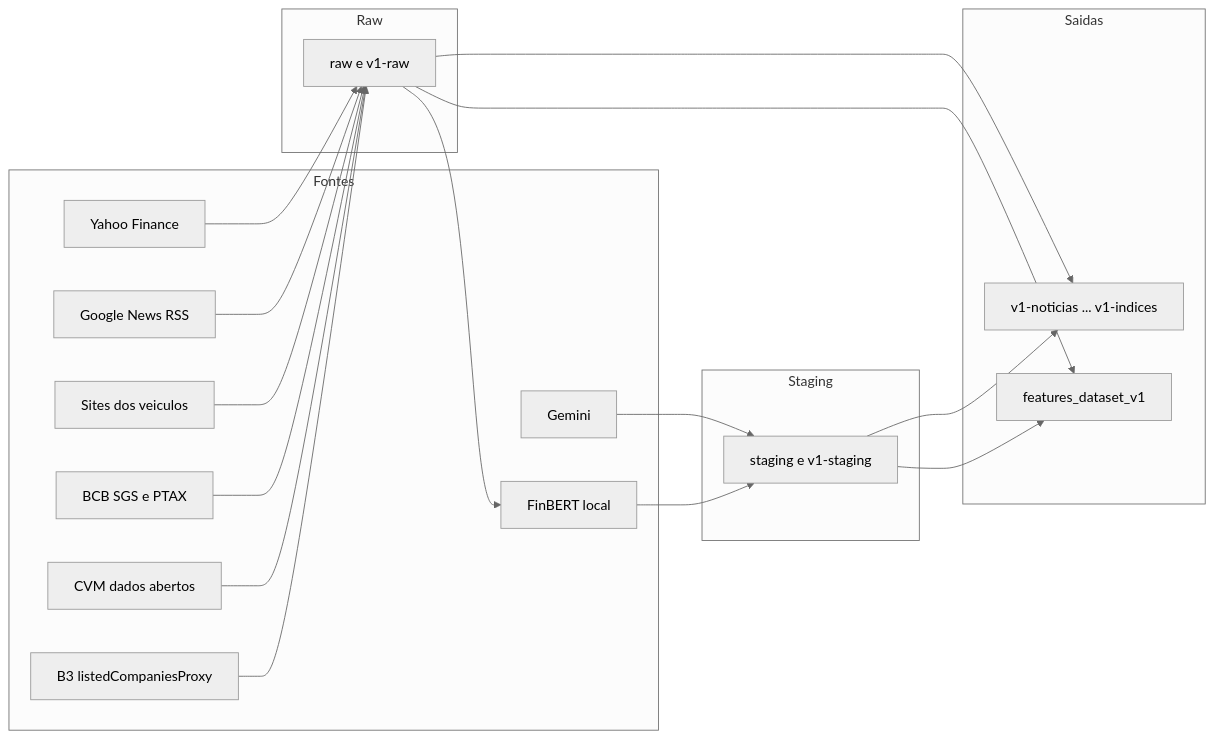
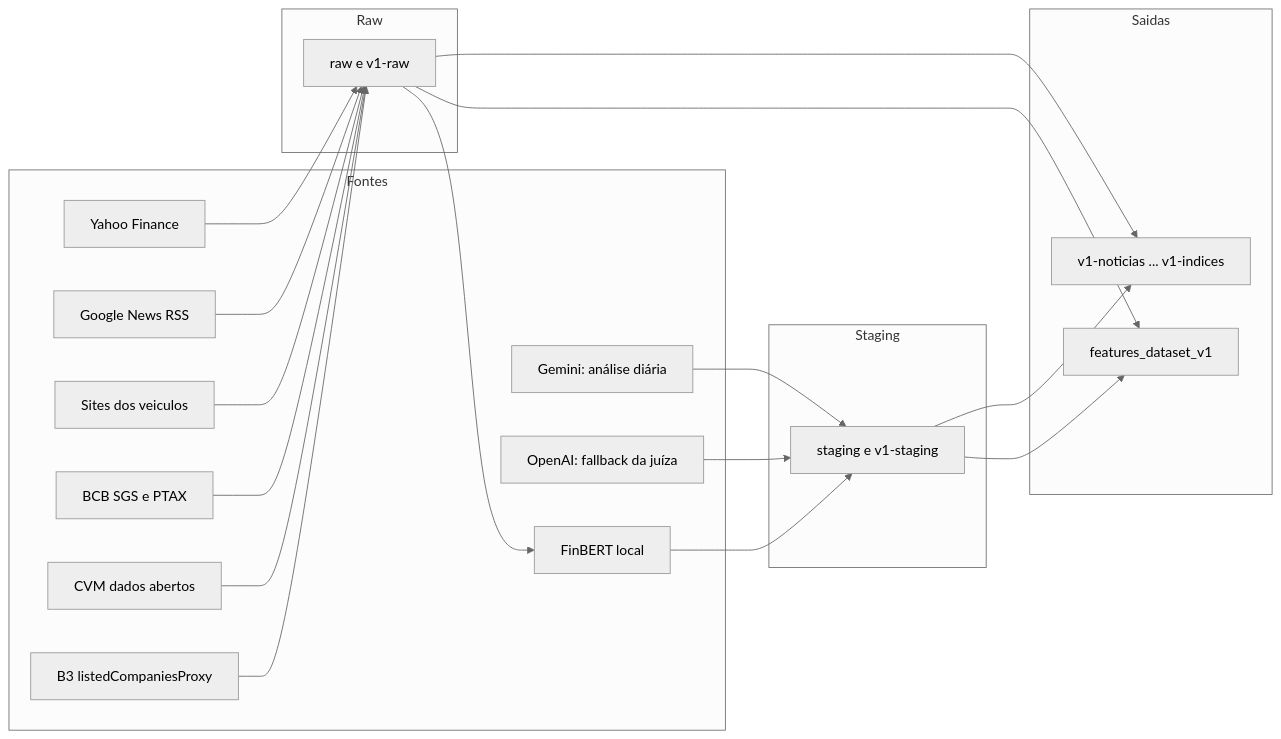
The first of 2 diagrams in docs/01-visao-geral.md (Mart1ns12/extracao-dados-tcc), drawn with Mermaid (neutral theme) before and after one commit. The commit also changed other lines of this file and 34 other files, not shown here.

First line of the commit message:
feat(juiza): Jev decide por entrega segura; fallback OpenAI gpt-5.6-luna; analise diaria desligavel

````diff
--- a/docs/01-visao-geral.md
+++ b/docs/01-visao-geral.md
@@ -67,36 +66,38 @@
 ```mermaid
 flowchart LR
     subgraph Fontes
         Y[Yahoo Finance]
         GN[Google News RSS]
         VS[Sites dos veiculos]
         BCB[BCB SGS e PTAX]
         CVM[CVM dados abertos]
         B3[B3 listedCompaniesProxy]
-        GEM[Gemini]
+        GEM[Gemini: análise diária]
+        OAI[OpenAI: fallback da juíza]
         FB[FinBERT local]
     end
     subgraph Raw
         R[raw e v1-raw]
     end
     subgraph Staging
         S[staging e v1-staging]
     end
     subgraph Saidas
         F[features_dataset_v1]
         E[v1-noticias ... v1-indices]
     end
     Y --> R
     GN --> R
     VS --> R
     BCB --> R
     CVM --> R
     B3 --> R
     R --> FB
     FB --> S
     GEM --> S
+    OAI --> S
     R --> F
     S --> F
     R --> E
     S --> E
 ```
````
